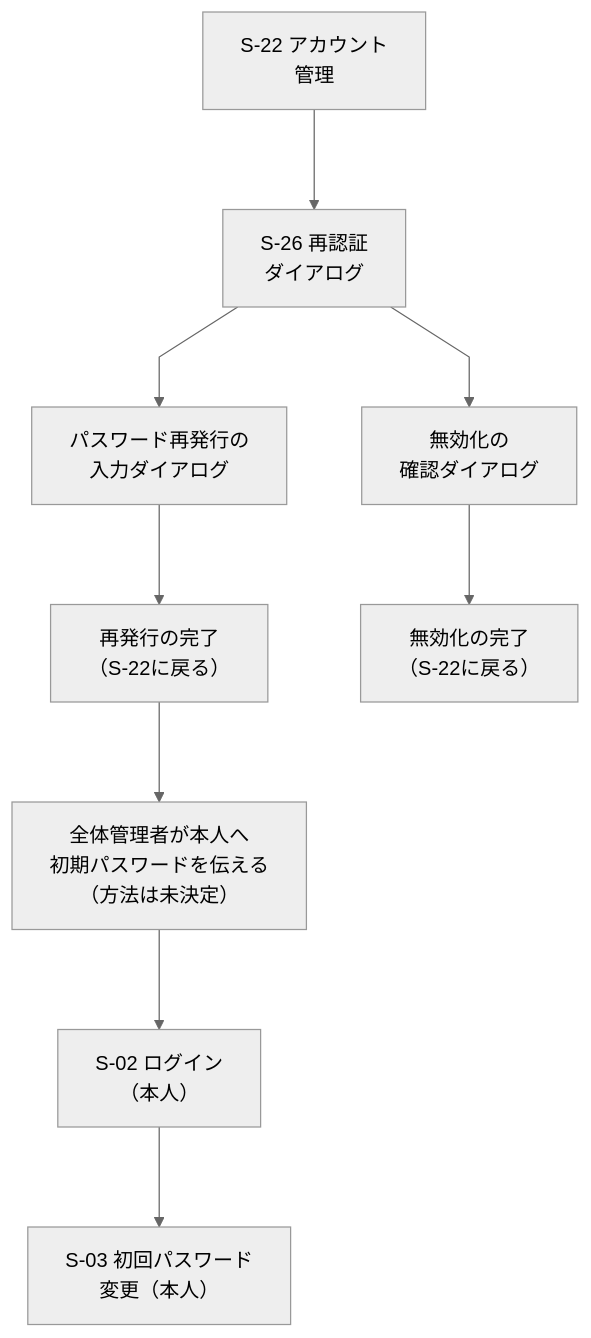
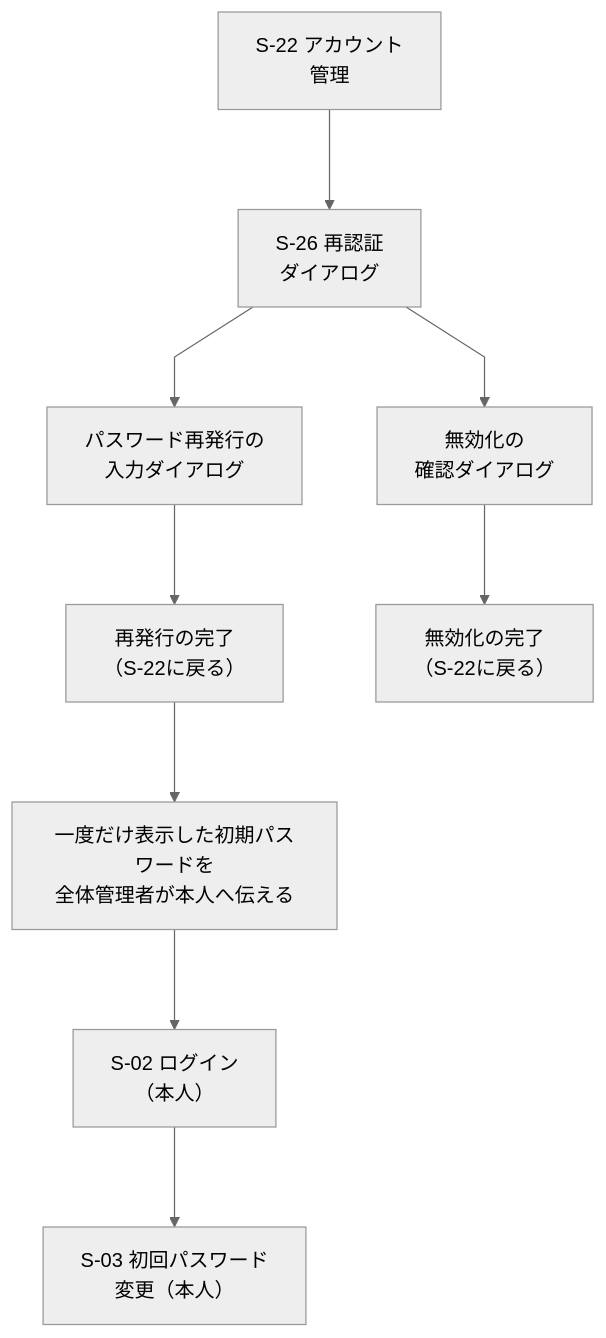
One commit to yamamotonaoki3/internal-system changed diagram 11 of 13 in docs/requirements/screens.md. Above: the diagram before and after it, drawn with Mermaid (neutral theme). The commit also changed other lines of this file and 20 other files, not shown here.

````diff
--- a/docs/requirements/screens.md
+++ b/docs/requirements/screens.md
@@ -379,12 +389,12 @@
 ```mermaid
 %%{init: {"flowchart": {"nodeSpacing": 60, "rankSpacing": 80, "curve": "linear", "htmlLabels": true}}}%%
 flowchart TD
     S22["S-22 アカウント<br/>管理"] --> S26["S-26 再認証<br/>ダイアログ"]
     S26 --> Re["パスワード再発行の<br/>入力ダイアログ"]
     S26 --> Dis["無効化の<br/>確認ダイアログ"]
     Re --> ReDone["再発行の完了<br/>（S-22に戻る）"]
     Dis --> DisDone["無効化の完了<br/>（S-22に戻る）"]
-    ReDone --> Hand["全体管理者が本人へ<br/>初期パスワードを伝える<br/>（方法は未決定）"]
+    ReDone --> Hand["一度だけ表示した初期パスワードを<br/>全体管理者が本人へ伝える"]
     Hand --> S02["S-02 ログイン<br/>（本人）"]
     S02 --> S03["S-03 初回パスワード<br/>変更（本人）"]
 ```
````
